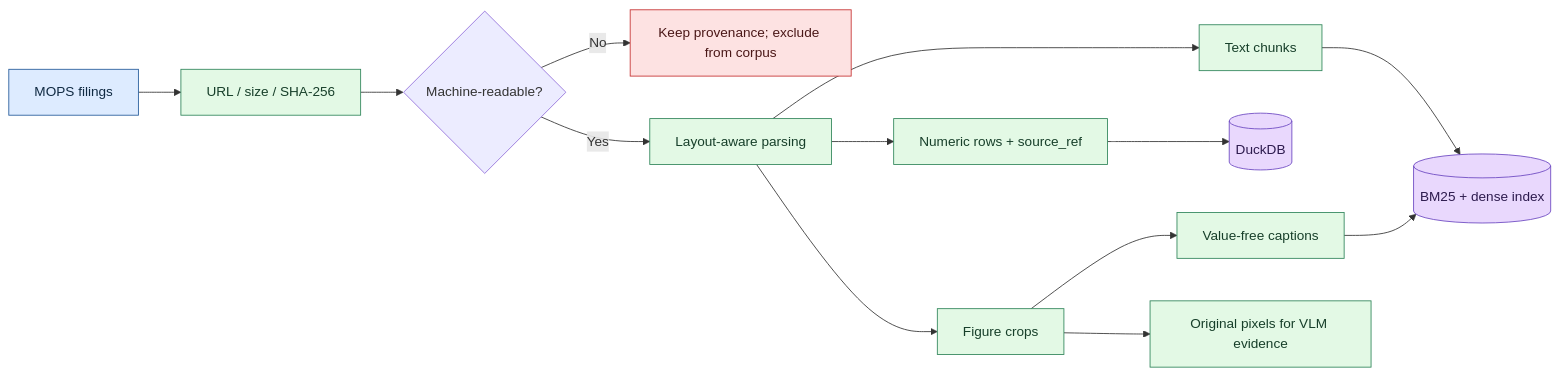
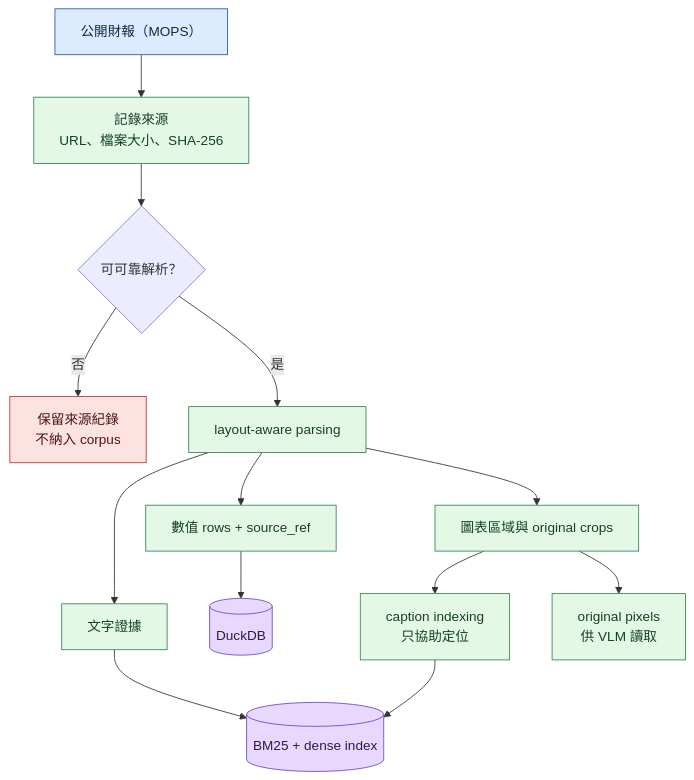
Before and after one commit to kuotunyu/tw-filing-intelligence: the first of 2 diagrams in README.md, drawn with Mermaid. The commit also changed other lines of this file, not shown here.

````diff
--- a/README.md
+++ b/README.md
@@ -37,24 +36,24 @@
 ```mermaid
-flowchart LR
-    Filing["MOPS filings"] --> Manifest["URL / size / SHA-256"]
-    Manifest --> Readable{"Machine-readable?"}
-    Readable -->|"No"| Excluded["Keep provenance; exclude from corpus"]
-    Readable -->|"Yes"| Parse["Layout-aware parsing"]
-    Parse --> Text["Text chunks"]
+flowchart TD
+    Filing["公開財報（MOPS）"] --> Manifest["記錄來源<br/>URL、檔案大小、SHA-256"]
+    Manifest --> Readable{"可可靠解析？"}
+    Readable -->|"否"| Excluded["保留來源紀錄<br/>不納入 corpus"]
+    Readable -->|"是"| Parse["layout-aware parsing"]
+    Parse --> Text["文字證據"]
+    Parse --> Rows["數值 rows + source_ref"]
+    Parse --> Crops["圖表區域與 original crops"]
     Text --> Search[("BM25 + dense index")]
-    Parse --> Rows["Numeric rows + source_ref"]
     Rows --> Numeric[("DuckDB")]
-    Parse --> Crops["Figure crops"]
-    Crops --> Caption["Value-free captions"]
+    Crops --> Caption["caption indexing<br/>只協助定位"]
     Caption --> Search
-    Crops --> Pixels["Original pixels for VLM evidence"]
+    Crops --> Pixels["original pixels<br/>供 VLM 讀取"]
 
     classDef source fill:#DDEBFF,stroke:#245A9A,color:#102A43
     classDef process fill:#E3F9E5,stroke:#2F855A,color:#173F2A
     classDef store fill:#E9D8FD,stroke:#6B46C1,color:#2D1B4E
     classDef excluded fill:#FDE2E2,stroke:#C53030,color:#4A1717
     class Filing source
     class Manifest,Parse,Text,Rows,Crops,Caption,Pixels process
     class Search,Numeric store
     class Excluded excluded
 ```
````
